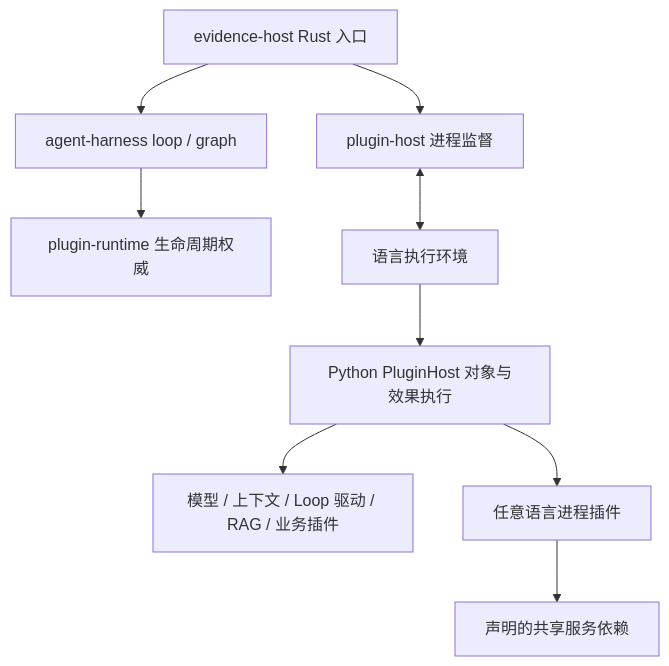
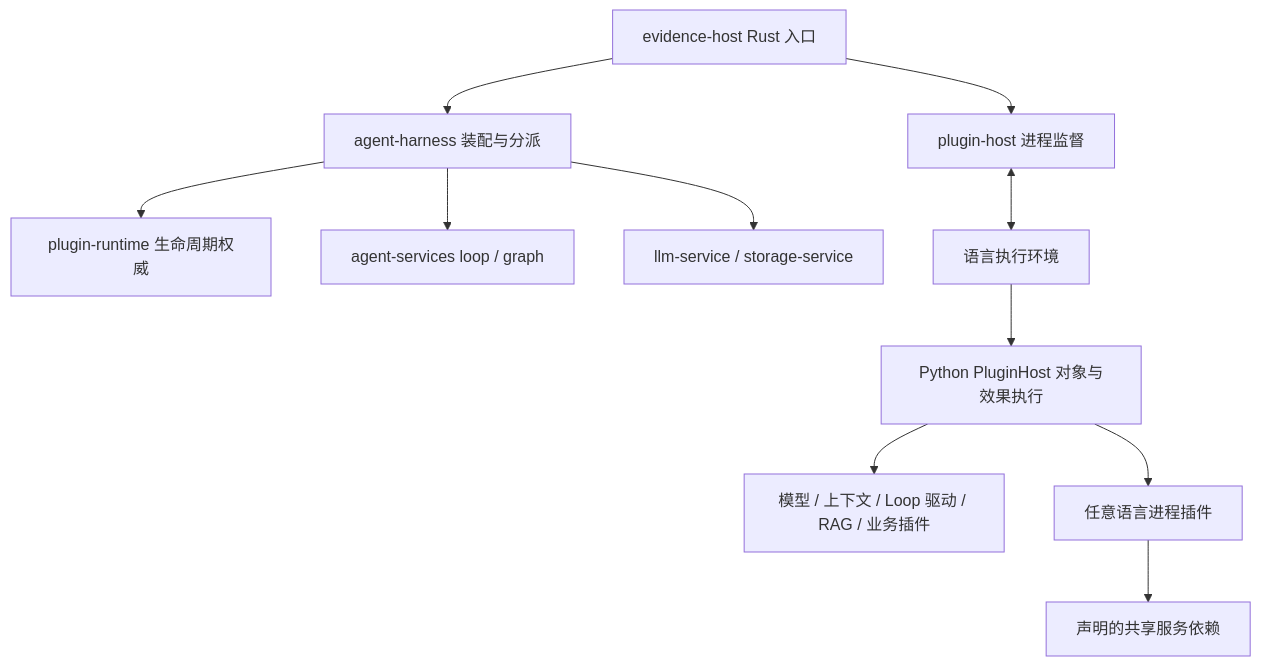
The diagram in docs/rust-main-host.md (Hubujiu/evidence-kb), drawn with Mermaid before and after one commit. The commit also changed other lines of this file and 205 other files, not shown here.

````diff
--- a/docs/rust-main-host.md
+++ b/docs/rust-main-host.md
@@ -48,11 +48,13 @@
 ```mermaid
 flowchart TD
     Entry[evidence-host Rust 入口] --> Supervisor[plugin-host 进程监督]
-    Entry --> Harness[agent-harness loop / graph]
+    Entry --> Harness[agent-harness 装配与分派]
     Harness --> Runtime[plugin-runtime 生命周期权威]
+    Harness --> Agent[agent-services loop / graph]
+    Harness --> Services[llm-service / storage-service]
     Supervisor <--> Worker[语言执行环境]
     Worker --> Bridge[Python PluginHost 对象与效果执行]
     Bridge --> Plugins[模型 / 上下文 / Loop 驱动 / RAG / 业务插件]
     Bridge --> Process[任意语言进程插件]
     Process --> Dependencies[声明的共享服务依赖]
 ```
````
